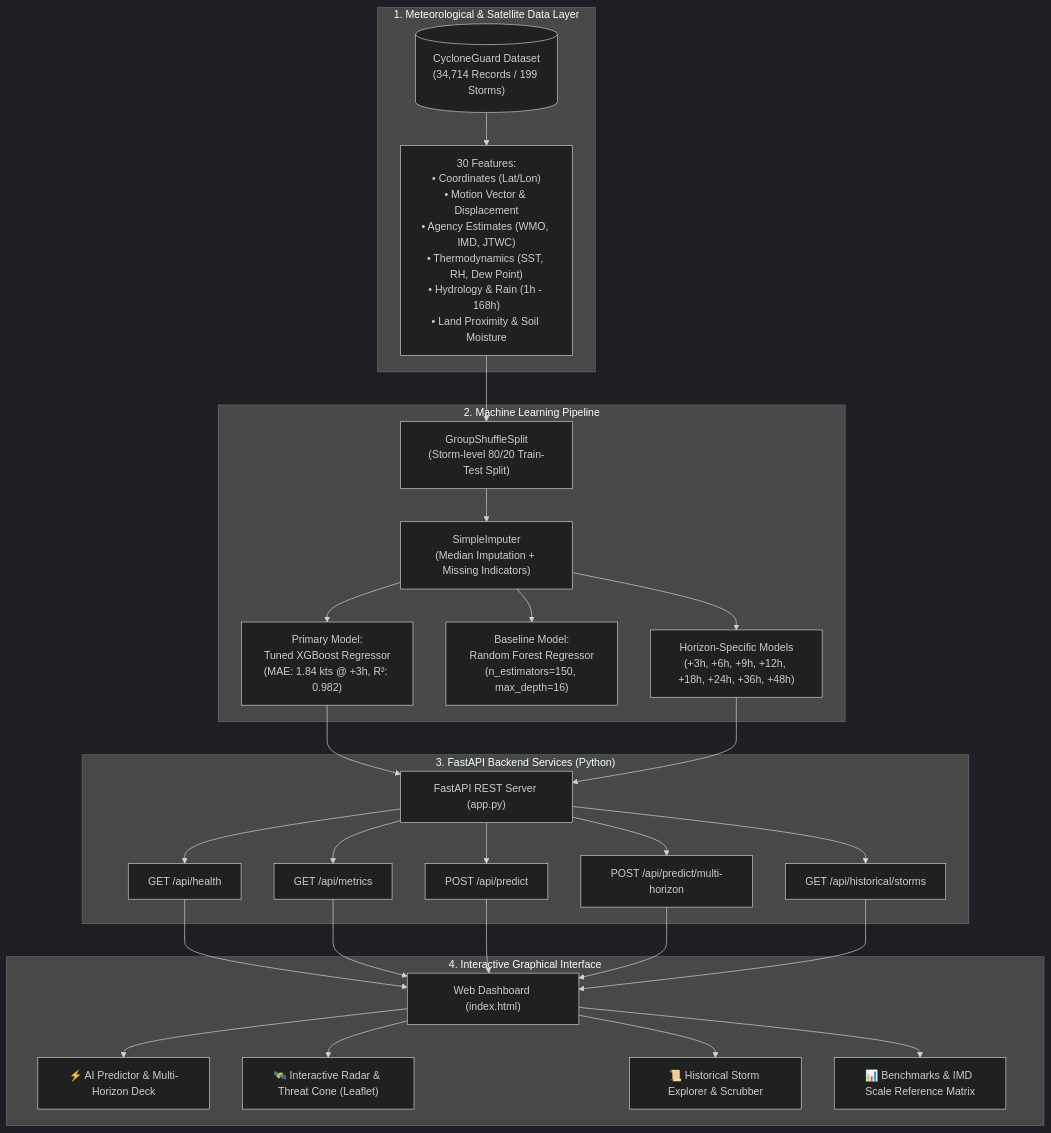
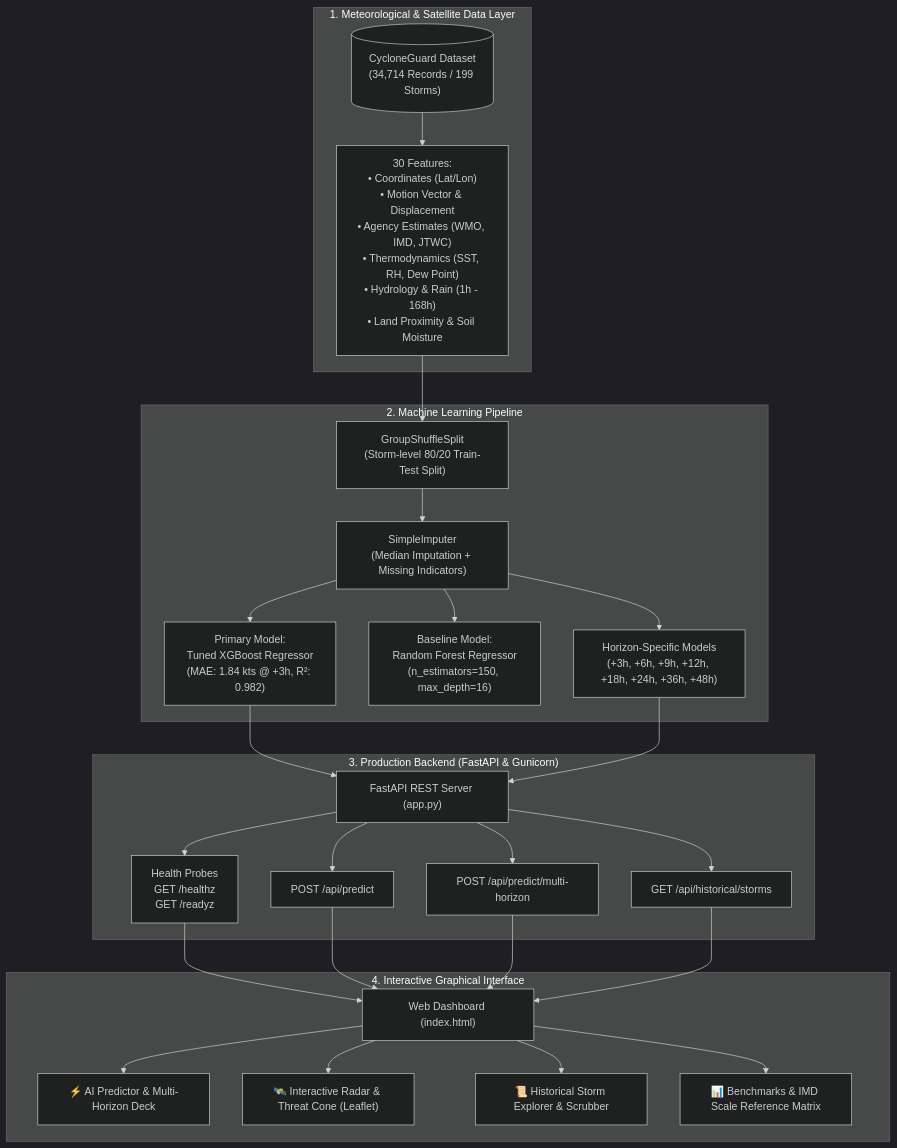
Before and after one commit to sohamnemade21/Cyclone-AI: the diagram in README.md, drawn with Mermaid (dark theme). The commit also changed other lines of this file and 16 other files, not shown here.

````diff
--- a/README.md
+++ b/README.md
@@ -24,40 +24,39 @@
 ```mermaid
 flowchart TD
     subgraph Data_Layer ["1. Meteorological & Satellite Data Layer"]
         CSV[("CycloneGuard Dataset\n(34,714 Records / 199 Storms)")]
         Features["30 Features:\n• Coordinates (Lat/Lon)\n• Motion Vector & Displacement\n• Agency Estimates (WMO, IMD, JTWC)\n• Thermodynamics (SST, RH, Dew Point)\n• Hydrology & Rain (1h - 168h)\n• Land Proximity & Soil Moisture"]
     end
 
     subgraph ML_Pipeline ["2. Machine Learning Pipeline"]
         Imputer["SimpleImputer\n(Median Imputation + Missing Indicators)"]
         Splitter["GroupShuffleSplit\n(Storm-level 80/20 Train-Test Split)"]
         XGB["Primary Model:\nTuned XGBoost Regressor\n(MAE: 1.84 kts @ +3h, R²: 0.982)"]
         RF["Baseline Model:\nRandom Forest Regressor\n(n_estimators=150, max_depth=16)"]
         HorizonModels["Horizon-Specific Models\n(+3h, +6h, +9h, +12h, +18h, +24h, +36h, +48h)"]
     end
 
-    subgraph Backend_Layer ["3. FastAPI Backend Services (Python)"]
+    subgraph Backend_Layer ["3. Production Backend (FastAPI & Gunicorn)"]
         API["FastAPI REST Server (app.py)"]
-        HealthEP["GET /api/health"]
-        MetricsEP["GET /api/metrics"]
+        Probes["Health Probes\nGET /healthz\nGET /readyz"]
         PredictEP["POST /api/predict"]
         MultiHorizonEP["POST /api/predict/multi-horizon"]
         HistoryEP["GET /api/historical/storms"]
     end
 
     subgraph Frontend_Layer ["4. Interactive Graphical Interface"]
         UI["Web Dashboard (index.html)"]
         Tab1["⚡ AI Predictor & Multi-Horizon Deck"]
         Tab2["🛰️ Interactive Radar & Threat Cone (Leaflet)"]
         Tab3["📜 Historical Storm Explorer & Scrubber"]
         Tab4["📊 Benchmarks & IMD Scale Reference Matrix"]
     end
 
     CSV --> Features --> Splitter
     Splitter --> Imputer
     Imputer --> XGB & RF & HorizonModels
     XGB & HorizonModels --> API
-    API --> HealthEP & MetricsEP & PredictEP & MultiHorizonEP & HistoryEP
-    HealthEP & MetricsEP & PredictEP & MultiHorizonEP & HistoryEP --> UI
+    API --> Probes & PredictEP & MultiHorizonEP & HistoryEP
+    Probes & PredictEP & MultiHorizonEP & HistoryEP --> UI
     UI --> Tab1 & Tab2 & Tab3 & Tab4
 ```
````
